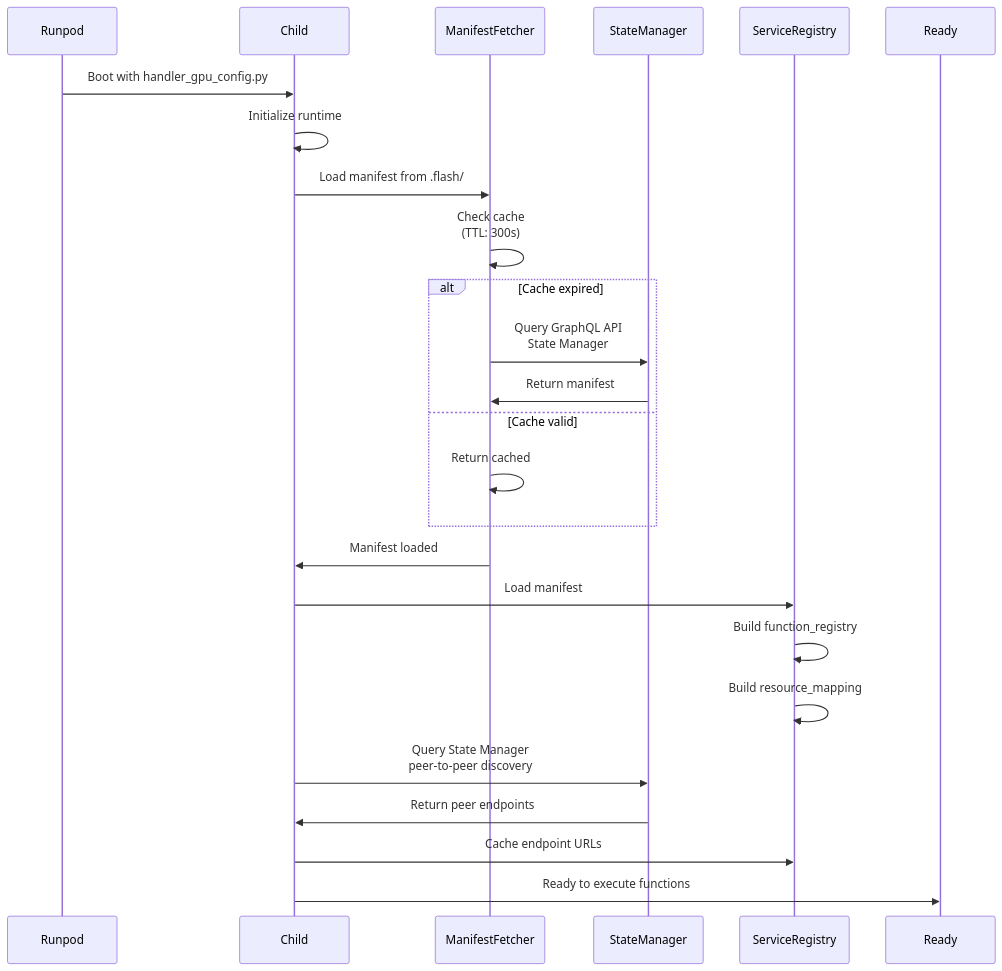
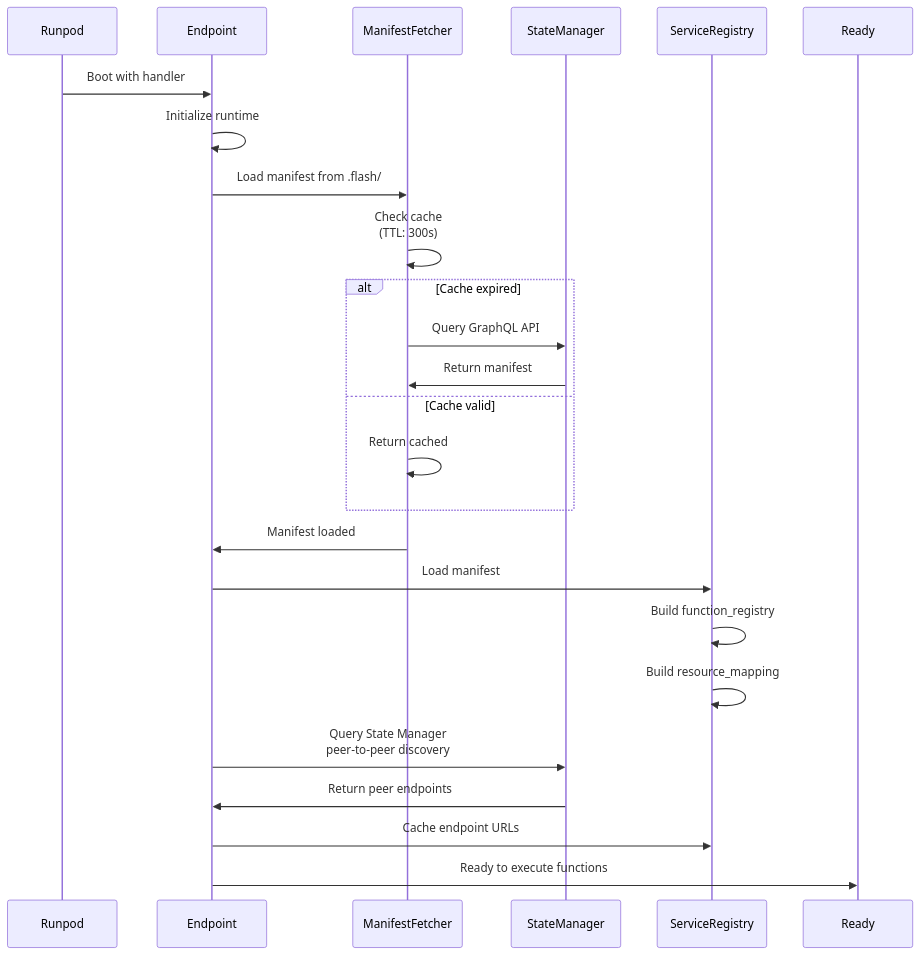
Before and after one commit to runpod/flash: the fourth of 8 diagrams in docs/Flash_Deploy_Guide.md, drawn with Mermaid. The commit also changed other lines of this file and 11 other files, not shown here.

````diff
--- a/docs/Flash_Deploy_Guide.md
+++ b/docs/Flash_Deploy_Guide.md
@@ -347,21 +283,21 @@
 ```mermaid
 sequenceDiagram
-    Runpod->>Child: Boot with handler_gpu_config.py
-    Child->>Child: Initialize runtime
-    Child->>ManifestFetcher: Load manifest from .flash/
+    Runpod->>Endpoint: Boot with handler
+    Endpoint->>Endpoint: Initialize runtime
+    Endpoint->>ManifestFetcher: Load manifest from .flash/
     ManifestFetcher->>ManifestFetcher: Check cache<br/>(TTL: 300s)
     alt Cache expired
-        ManifestFetcher->>StateManager: Query GraphQL API<br/>State Manager
+        ManifestFetcher->>StateManager: Query GraphQL API
         StateManager->>ManifestFetcher: Return manifest
     else Cache valid
         ManifestFetcher->>ManifestFetcher: Return cached
     end
-    ManifestFetcher->>Child: Manifest loaded
-    Child->>ServiceRegistry: Load manifest
+    ManifestFetcher->>Endpoint: Manifest loaded
+    Endpoint->>ServiceRegistry: Load manifest
     ServiceRegistry->>ServiceRegistry: Build function_registry
     ServiceRegistry->>ServiceRegistry: Build resource_mapping
-    Child->>StateManager: Query State Manager<br/>peer-to-peer discovery
-    StateManager->>Child: Return peer endpoints
-    Child->>ServiceRegistry: Cache endpoint URLs
-    Child->>Ready: Ready to execute functions
+    Endpoint->>StateManager: Query State Manager<br/>peer-to-peer discovery
+    StateManager->>Endpoint: Return peer endpoints
+    Endpoint->>ServiceRegistry: Cache endpoint URLs
+    Endpoint->>Ready: Ready to execute functions
 ```
````
